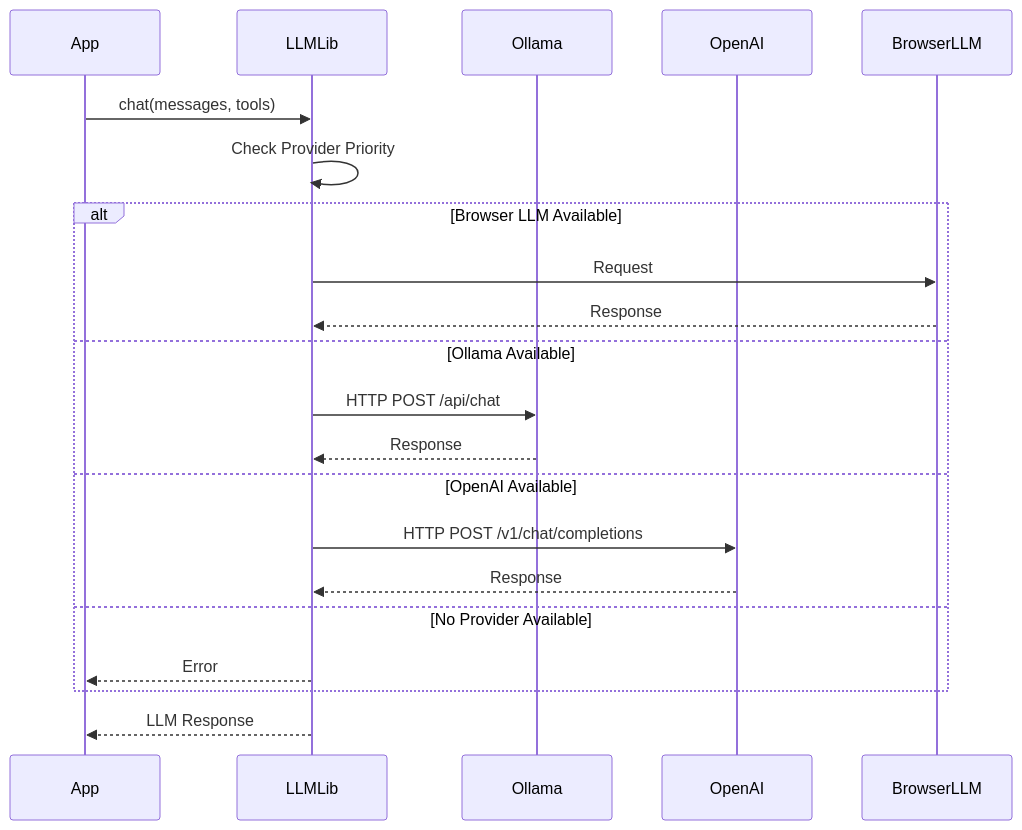
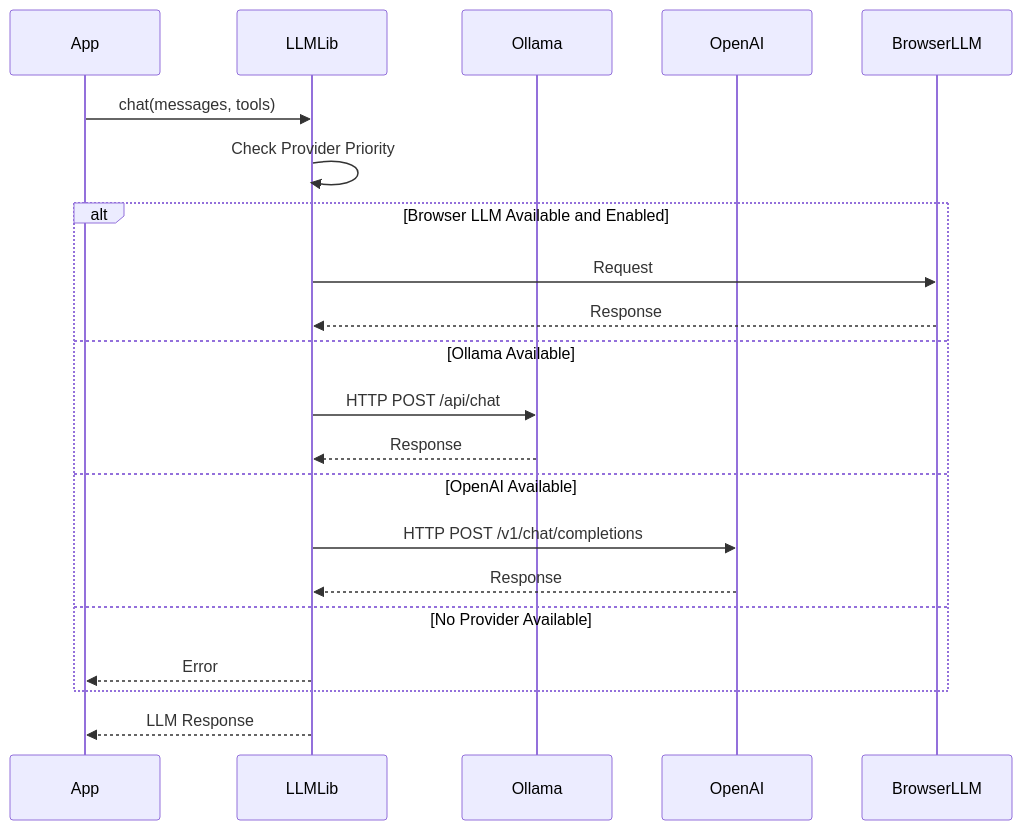
One commit to meharajM/ai-worker.app changed diagram 15 of 22 in architecture.md. Above: the diagram before and after it, drawn with Mermaid. The commit also changed other lines of this file and 9 other files, not shown here.

````diff
--- a/architecture.md
+++ b/architecture.md
@@ -467,26 +468,26 @@
 ```mermaid
 sequenceDiagram
     participant App
     participant LLMLib
     participant Ollama
     participant OpenAI
     participant BrowserLLM
     
     App->>LLMLib: chat(messages, tools)
     LLMLib->>LLMLib: Check Provider Priority
     
-    alt Browser LLM Available
+    alt Browser LLM Available and Enabled
         LLMLib->>BrowserLLM: Request
         BrowserLLM-->>LLMLib: Response
     else Ollama Available
         LLMLib->>Ollama: HTTP POST /api/chat
         Ollama-->>LLMLib: Response
     else OpenAI Available
         LLMLib->>OpenAI: HTTP POST /v1/chat/completions
         OpenAI-->>LLMLib: Response
     else No Provider Available
         LLMLib-->>App: Error
     end
     
     LLMLib-->>App: LLM Response
 ```
````
